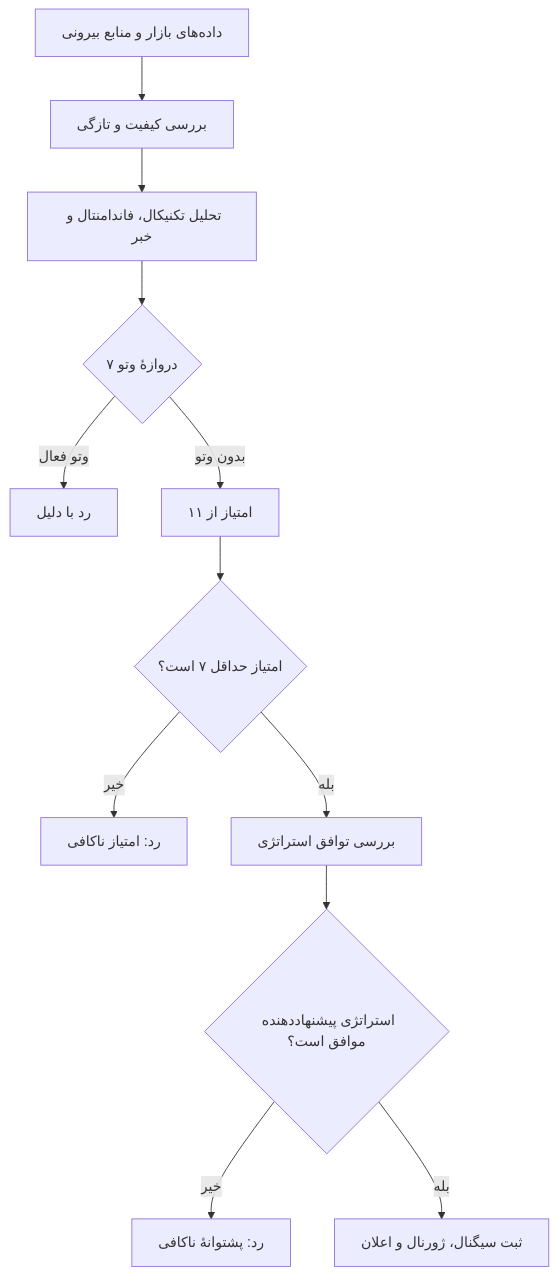
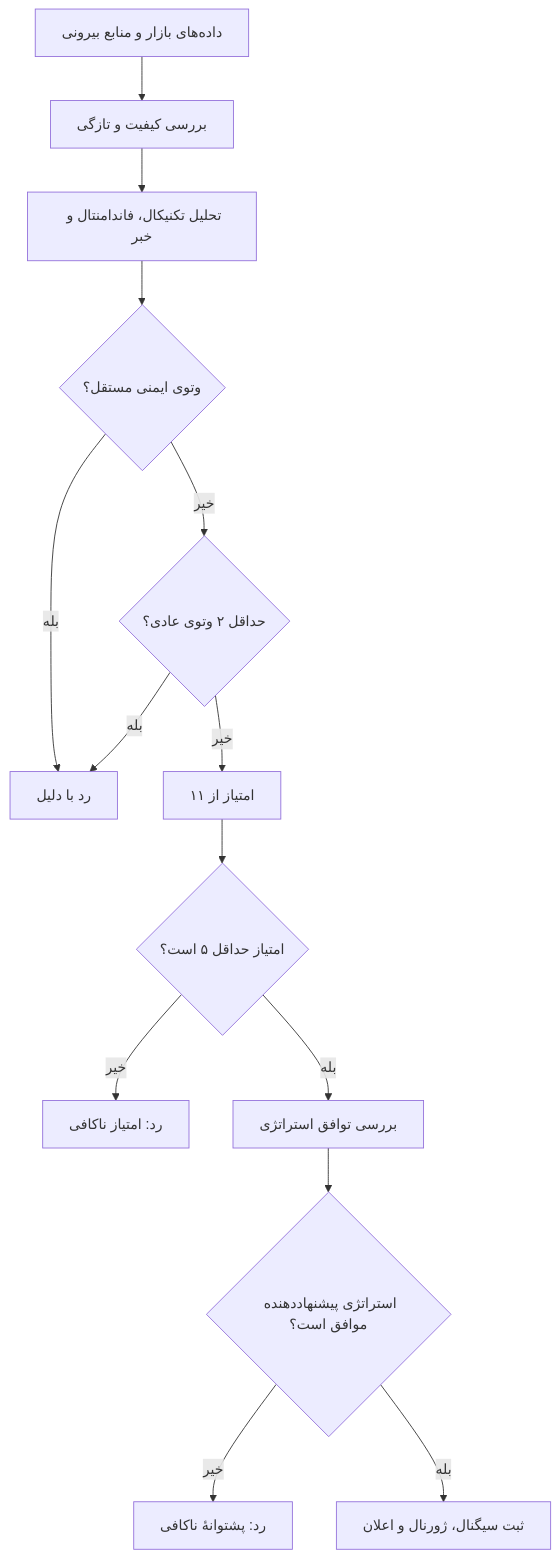
Before and after one commit to Suushian/Odin-Assistant: the first of 3 diagrams in README.md, drawn with Mermaid. The commit also changed other lines of this file and 16 other files, not shown here.

````diff
--- a/README.md
+++ b/README.md
@@ -39,14 +39,16 @@
 ```mermaid
 flowchart TD
     A["داده‌های بازار و منابع بیرونی"] --> B["بررسی کیفیت و تازگی"]
     B --> C["تحلیل تکنیکال، فاندامنتال و خبر"]
-    C --> D{"۷ دروازهٔ وتو"}
-    D -->|وتو فعال| X["رد با دلیل"]
-    D -->|بدون وتو| E["امتیاز از ۱۱"]
-    E --> F{"امتیاز حداقل ۷ است؟"}
-    F -->|خیر| Y["رد: امتیاز ناکافی"]
-    F -->|بله| G["بررسی توافق استراتژی"]
-    G --> H{"استراتژی پیشنهاددهنده موافق است؟"}
-    H -->|خیر| Z["رد: پشتوانهٔ ناکافی"]
-    H -->|بله| I["ثبت سیگنال، ژورنال و اعلان"]
+    C --> D{"وتوی ایمنی مستقل؟"}
+    D -->|بله| X["رد با دلیل"]
+    D -->|خیر| E{"حداقل ۲ وتوی عادی؟"}
+    E -->|بله| X
+    E -->|خیر| F["امتیاز از ۱۱"]
+    F --> G{"امتیاز حداقل ۵ است؟"}
+    G -->|خیر| Y["رد: امتیاز ناکافی"]
+    G -->|بله| H["بررسی توافق استراتژی"]
+    H --> I{"استراتژی پیشنهاددهنده موافق است؟"}
+    I -->|خیر| Z["رد: پشتوانهٔ ناکافی"]
+    I -->|بله| J["ثبت سیگنال، ژورنال و اعلان"]
 ```
````
